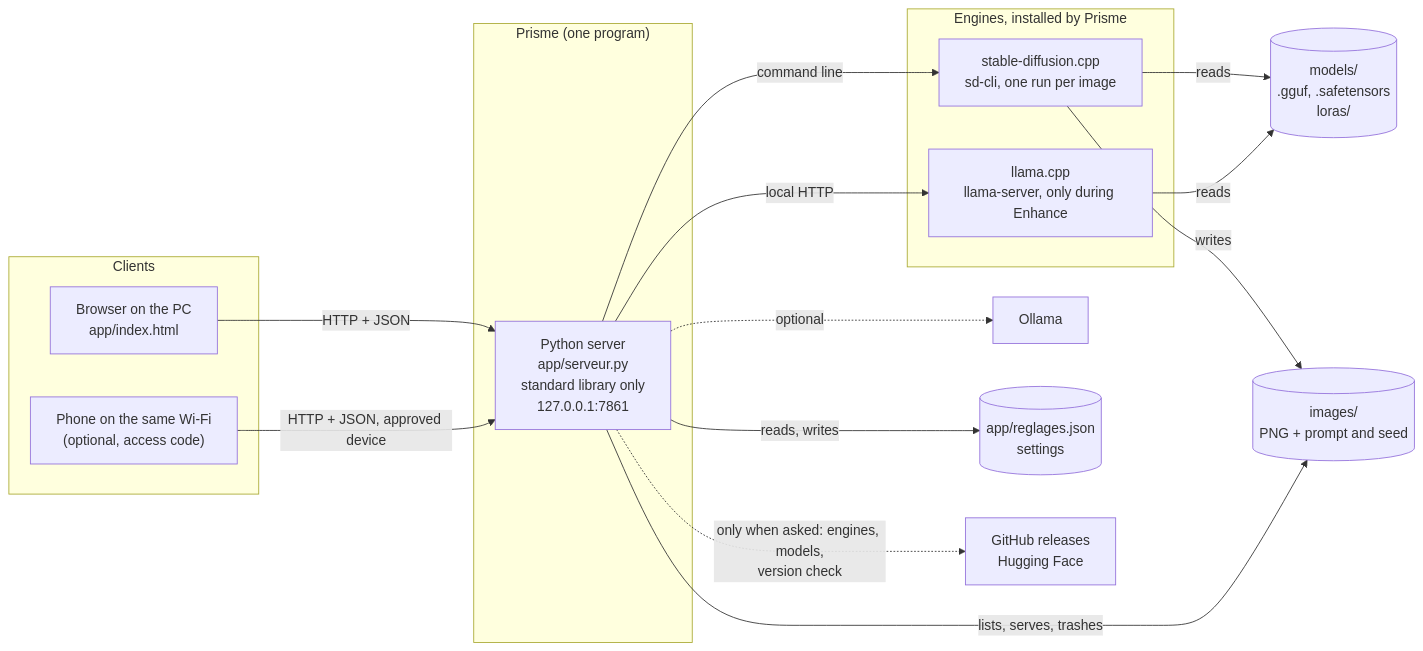
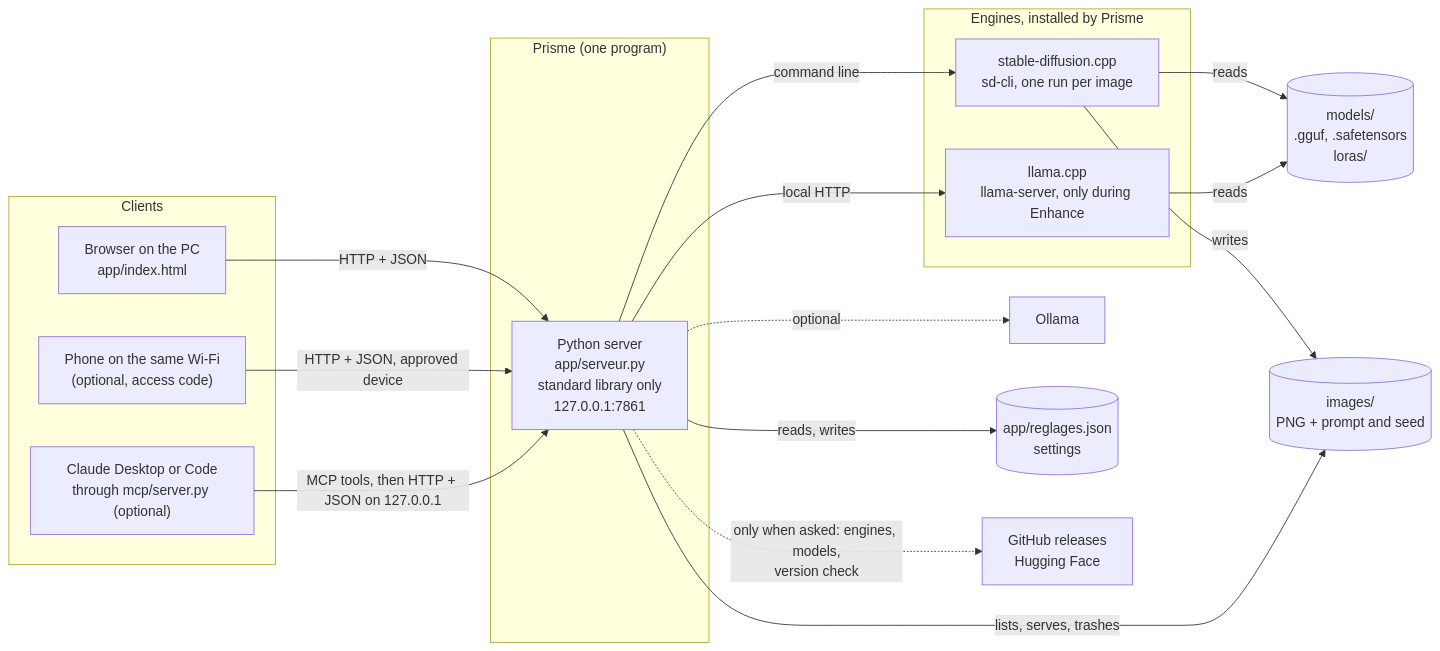
One commit to d3Ita/prisme changed the diagram in docs/architecture.md. Above: the diagram before and after it, drawn with Mermaid. The commit also changed other lines of this file and 12 other files, not shown here.

Commit message:
feat(mcp): ajoute un serveur MCP pour générer et éditer des images avec Claude

````diff
--- a/docs/architecture.md
+++ b/docs/architecture.md
@@ -5,33 +5,35 @@
 ```mermaid
 flowchart LR
     subgraph Clients
         PC["Browser on the PC<br/>app/index.html"]
         TEL["Phone on the same Wi-Fi<br/>(optional, access code)"]
+        CLA["Claude Desktop or Code<br/>through mcp/server.py (optional)"]
     end
 
     subgraph Prisme["Prisme (one program)"]
         SRV["Python server<br/>app/serveur.py<br/>standard library only<br/>127.0.0.1:7861"]
     end
 
     subgraph Moteurs["Engines, installed by Prisme"]
         SD["stable-diffusion.cpp<br/>sd-cli, one run per image"]
         LL["llama.cpp<br/>llama-server, only during Enhance"]
     end
 
     PC -- "HTTP + JSON" --> SRV
     TEL -- "HTTP + JSON, approved device" --> SRV
+    CLA -- "MCP tools, then HTTP + JSON on 127.0.0.1" --> SRV
     SRV -- "command line" --> SD
     SRV -- "local HTTP" --> LL
     SRV -. "optional" .-> OLL["Ollama"]
 
     MOD[("models/<br/>.gguf, .safetensors<br/>loras/")]
     IMG[("images/<br/>PNG + prompt and seed")]
     REG[("app/reglages.json<br/>settings")]
 
     SD -- "reads" --> MOD
     LL -- "reads" --> MOD
     SD -- "writes" --> IMG
     SRV -- "lists, serves, trashes" --> IMG
     SRV -- "reads, writes" --> REG
     SRV -. "only when asked: engines, models,<br/>version check" .-> NET["GitHub releases<br/>Hugging Face"]
 ```
````
